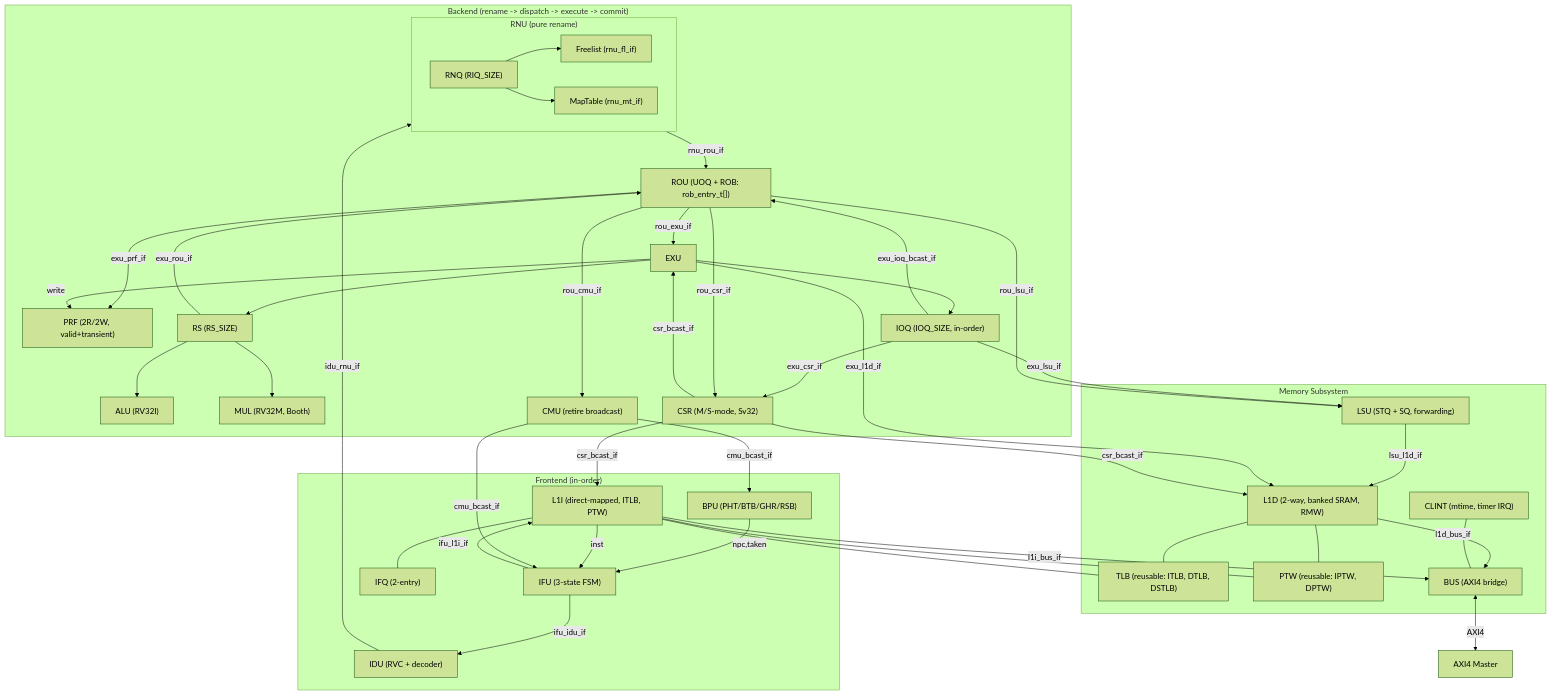
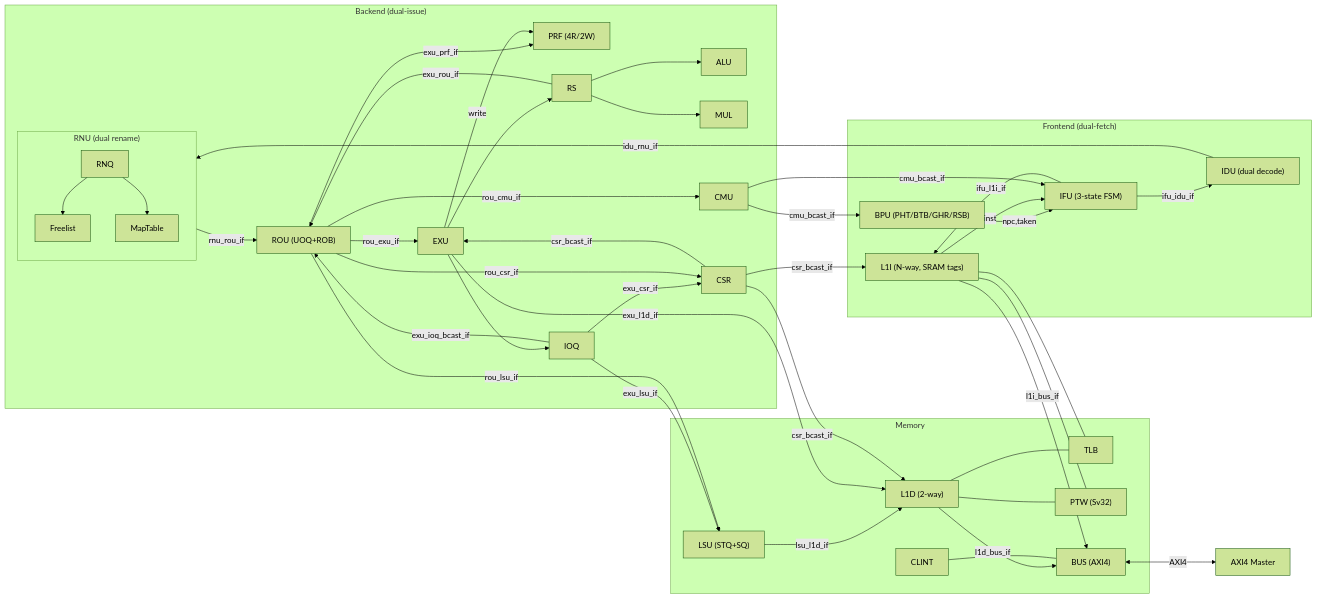
The diagram in docs/uarch.md (Kingfish404/raptor-chip), drawn with Mermaid (forest theme) before and after one commit. The commit also changed other lines of this file and 31 other files, not shown here.

Commit message:
feat: dual fetch, decode & exec

````diff
--- a/docs/uarch.md
+++ b/docs/uarch.md
@@ -444,64 +261,62 @@
 ```mermaid
-flowchart TD
- subgraph FE["Frontend (in-order)"]
+flowchart LR
+ subgraph FE["Frontend (dual-fetch)"]
         IFU["IFU (3-state FSM)"]
-        L1I["L1I (direct-mapped, ITLB, PTW)"]
-        IFQ["IFQ (2-entry)"]
-        IDU["IDU (RVC + decoder)"]
+        L1I["L1I (N-way, SRAM tags)"]
+        IDU["IDU (dual decode)"]
         BPU["BPU (PHT/BTB/GHR/RSB)"]
   end
- subgraph BE["Backend (rename -> dispatch -> execute -> commit)"]
-        subgraph RNU_TOP["RNU (pure rename)"]
-            RNQ["RNQ (RIQ_SIZE)"]
-            FL["Freelist (rnu_fl_if)"]
-            MT["MapTable (rnu_mt_if)"]
+ subgraph BE["Backend (dual-issue)"]
+        subgraph RNU_TOP["RNU (dual rename)"]
+            RNQ["RNQ"]
+            FL["Freelist"]
+            MT["MapTable"]
         end
-        PRF["PRF (2R/2W, valid+transient)"]
-        ROU["ROU (UOQ + ROB: rob_entry_t[])"]
+        PRF["PRF (4R/2W)"]
+        ROU["ROU (UOQ+ROB)"]
         EXU["EXU"]
-        RS["RS (RS_SIZE)"]
-        IOQ["IOQ (IOQ_SIZE, in-order)"]
-        ALU["ALU (RV32I)"]
-        MUL["MUL (RV32M, Booth)"]
-        CMU["CMU (retire broadcast)"]
-        CSR["CSR (M/S-mode, Sv32)"]
+        RS["RS"]
+        IOQ["IOQ"]
+        ALU["ALU"]
+        MUL["MUL"]
+        CMU["CMU"]
+        CSR["CSR"]
   end
- subgraph MEM["Memory Subsystem"]
-        LSU["LSU (STQ + SQ, forwarding)"]
-        L1D["L1D (2-way, banked SRAM, RMW)"]
-        TLB["TLB (reusable: ITLB, DTLB, DSTLB)"]
-        PTW["PTW (reusable: IPTW, DPTW)"]
-        BUS["BUS (AXI4 bridge)"]
-        CLINT["CLINT (mtime, timer IRQ)"]
+ subgraph MEM["Memory"]
+        LSU["LSU (STQ+SQ)"]
+        L1D["L1D (2-way)"]
+        TLB["TLB"]
+        PTW["PTW (Sv32)"]
+        BUS["BUS (AXI4)"]
+        CLINT["CLINT"]
   end
     BPU -->|"npc,taken"| IFU
     IFU -->|"ifu_l1i_if"| L1I
-    L1I --- IFQ
     L1I -->|"inst"| IFU
     IFU -->|"ifu_idu_if"| IDU
     IDU -->|"idu_rnu_if"| RNU_TOP
     RNQ --> FL & MT
     RNU_TOP -->|"rnu_rou_if"| ROU
     ROU -->|"exu_prf_if"| PRF
     ROU -->|"rou_exu_if"| EXU
     EXU --> RS & IOQ
     RS --> ALU & MUL
     IOQ -->|"exu_lsu_if"| LSU
     IOQ -->|"exu_csr_if"| CSR
     RS -->|"exu_rou_if"| ROU
     IOQ -->|"exu_ioq_bcast_if"| ROU
     EXU -->|"write"| PRF
     ROU -->|"rou_cmu_if"| CMU
     ROU -->|"rou_csr_if"| CSR
     ROU -->|"rou_lsu_if"| LSU
     CMU -->|"cmu_bcast_if"| IFU & BPU
     LSU -->|"lsu_l1d_if"| L1D
     EXU -->|"exu_l1d_if"| L1D
     L1I --- TLB & PTW
     L1D --- TLB & PTW
     L1I -->|"l1i_bus_if"| BUS
     L1D -->|"l1d_bus_if"| BUS
     BUS <-->|"AXI4"| AXI["AXI4 Master"]
     CLINT --- BUS
     CSR -->|"csr_bcast_if"| L1I & L1D & EXU
 ```
````
